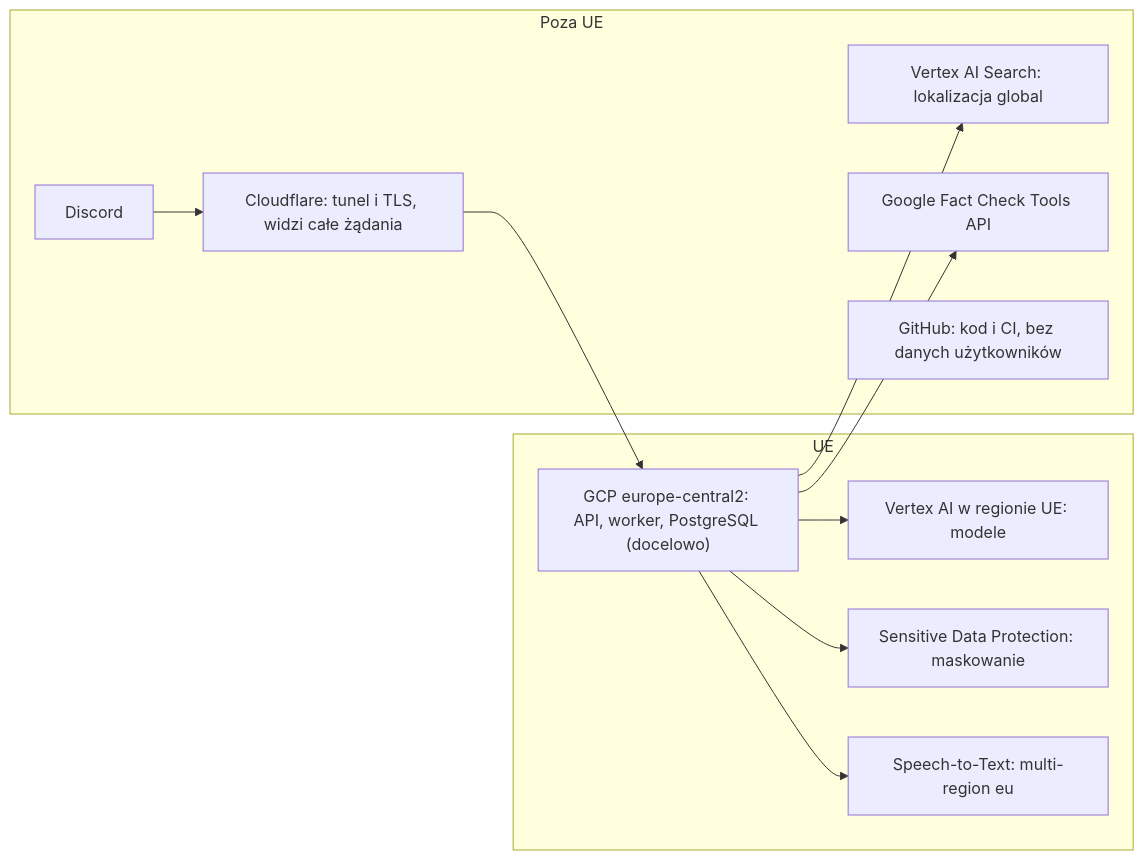
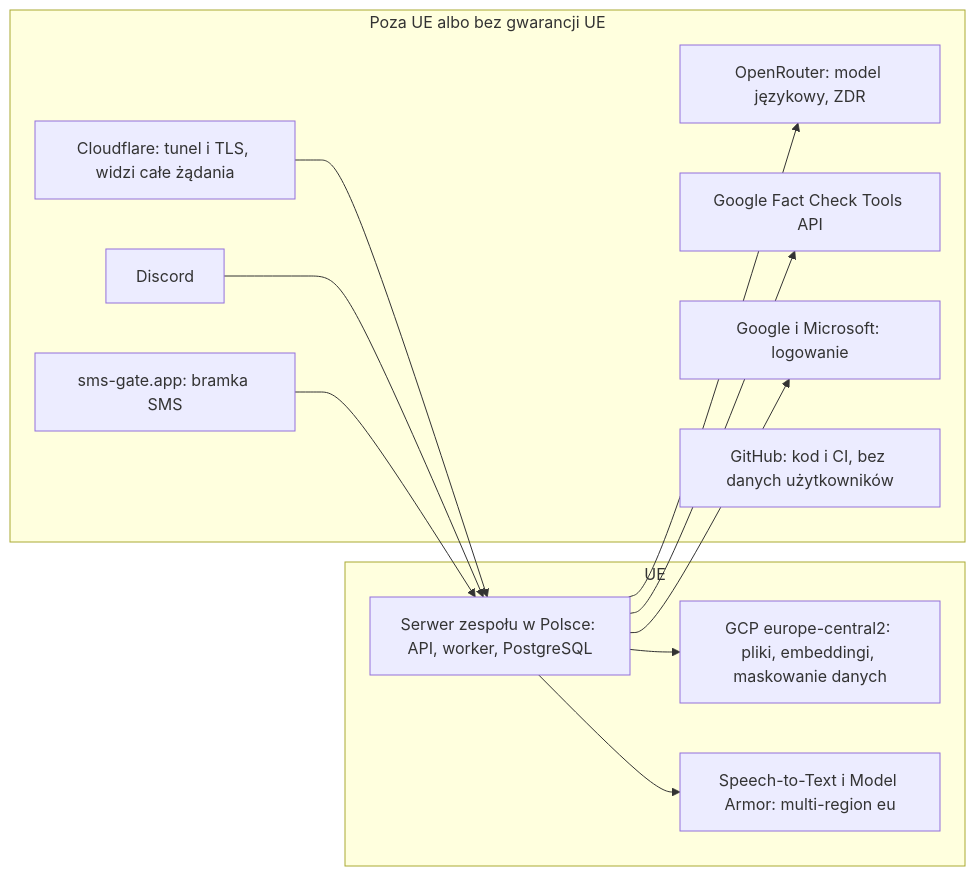
One commit to Meritum-HackNation2026/meritum-docs changed the diagram in docs/prywatnosc.md. Above: the diagram before and after it, drawn with Mermaid. The commit also changed other lines of this file and 15 other files, not shown here.

````diff
--- a/docs/prywatnosc.md
+++ b/docs/prywatnosc.md
@@ -27,23 +36,25 @@
 ```mermaid
 flowchart LR
   subgraph eu["UE"]
-    gcp["GCP europe-central2: API, worker, PostgreSQL (docelowo)"]
-    vtx["Vertex AI w regionie UE: modele"]
-    dlp["Sensitive Data Protection: maskowanie"]
-    stt["Speech-to-Text: multi-region eu"]
+    team["Serwer zespołu w Polsce: API, worker, PostgreSQL"]
+    gcp["GCP europe-central2: pliki, embeddingi, maskowanie danych"]
+    stt["Speech-to-Text i Model Armor: multi-region eu"]
   end
-  subgraph out["Poza UE"]
+  subgraph out["Poza UE albo bez gwarancji UE"]
     cf["Cloudflare: tunel i TLS, widzi całe żądania"]
-    vas["Vertex AI Search: lokalizacja global"]
+    or["OpenRouter: model językowy, ZDR"]
     dc["Discord"]
+    sg["sms-gate.app: bramka SMS"]
     fc["Google Fact Check Tools API"]
+    idp["Google i Microsoft: logowanie"]
     gh["GitHub: kod i CI, bez danych użytkowników"]
   end
-  cf --> gcp
-  gcp --> vtx
-  gcp --> dlp
-  gcp --> stt
-  gcp --> vas
-  gcp --> fc
-  dc --> cf
+  cf --> team
+  dc --> team
+  sg --> team
+  team --> gcp
+  team --> stt
+  team --> or
+  team --> fc
+  team --> idp
 ```
````
